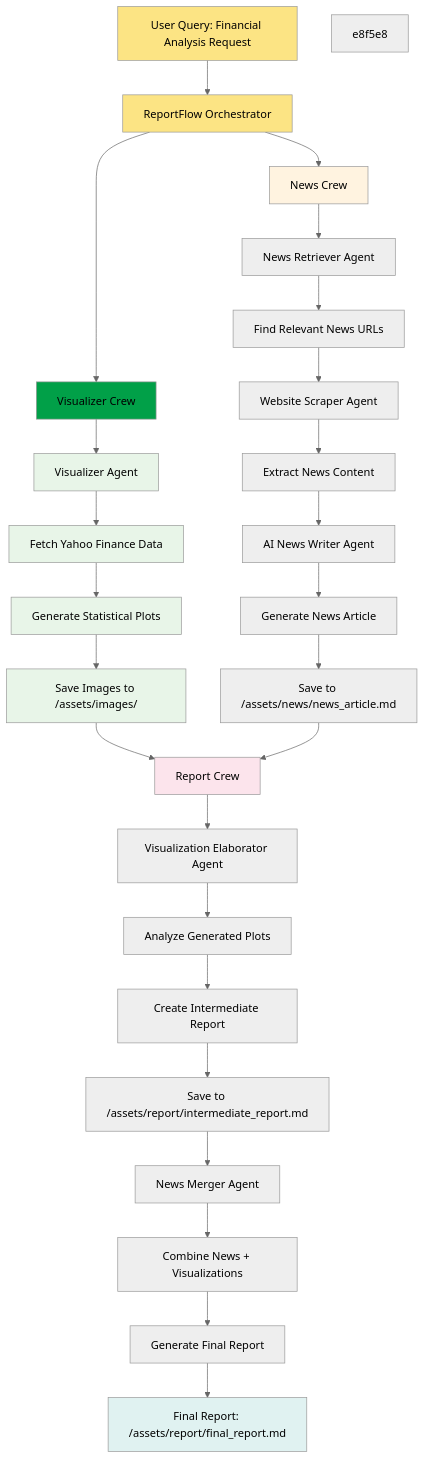
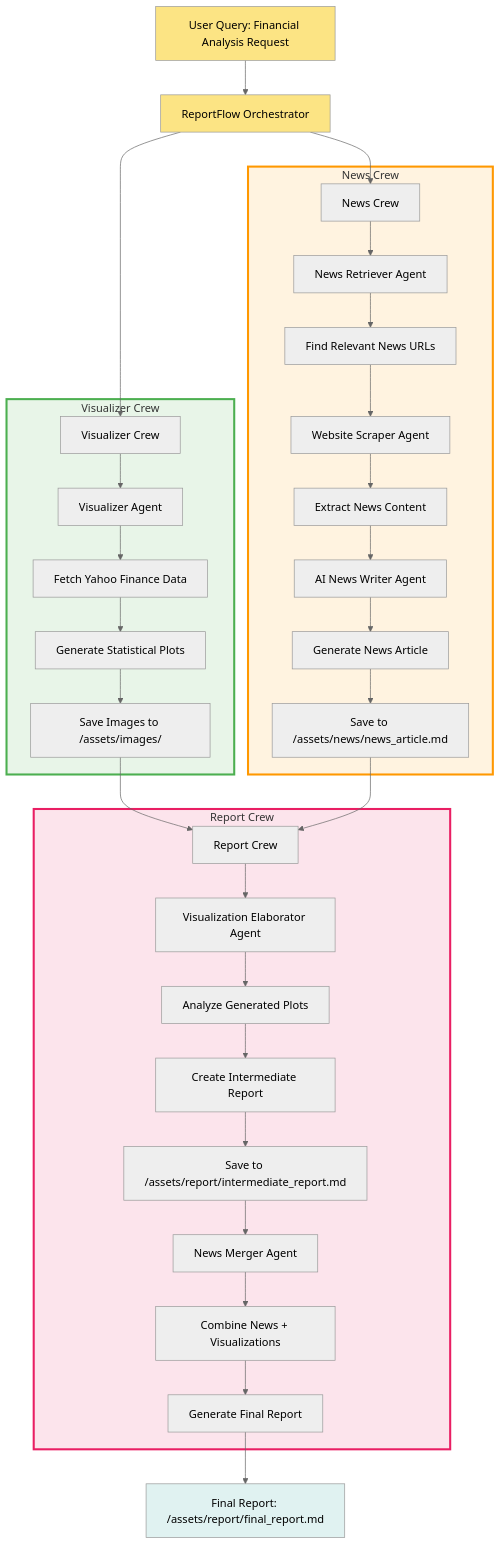
Before and after one commit to rohan-g0re/Agent-Crew-for-Deep-Research: the diagram in README.md, drawn with Mermaid (neutral theme).

Commit message:
bounding boxes

````diff
--- a/README.md
+++ b/README.md
@@ -11,52 +11,49 @@
 ```mermaid
 graph TD
     A[User Query: Financial Analysis Request] --> B[ReportFlow Orchestrator]
     
     B --> C[Visualizer Crew]
     B --> D[News Crew]
     
-    C --> C1[Visualizer Agent]
-    C1 --> C2[Fetch Yahoo Finance Data]
-    C2 --> C3[Generate Statistical Plots]
-    C3 --> C4[Save Images to /assets/images/]
+    subgraph VIZ ["Visualizer Crew"]
     
-    D --> D1[News Retriever Agent]
-    D1 --> D2[Find Relevant News URLs]
-    D2 --> D3[Website Scraper Agent]
-    D3 --> D4[Extract News Content]
-    D4 --> D5[AI News Writer Agent]
-    D5 --> D6[Generate News Article]
-    D6 --> D7[Save to /assets/news/news_article.md]
+        C --> C1[Visualizer Agent]
+        C1 --> C2[Fetch Yahoo Finance Data]
+        C2 --> C3[Generate Statistical Plots]
+        C3 --> C4[Save Images to /assets/images/]
+    end
+    
+    subgraph NEWS ["News Crew"]
+
+        D --> D1[News Retriever Agent]
+        D1 --> D2[Find Relevant News URLs]
+        D2 --> D3[Website Scraper Agent]
+        D3 --> D4[Extract News Content]
+        D4 --> D5[AI News Writer Agent]
+        D5 --> D6[Generate News Article]
+        D6 --> D7[Save to /assets/news/news_article.md]
+    end
     
     C4 --> E[Report Crew]
     D7 --> E
     
-    E --> E1[Visualization Elaborator Agent]
-    E1 --> E2[Analyze Generated Plots]
-    E2 --> E3[Create Intermediate Report]
-    E3 --> E4[Save to /assets/report/intermediate_report.md]
-    
-    E4 --> E5[News Merger Agent]
-    E5 --> E6[Combine News + Visualizations]
-    E6 --> E7[Generate Final Report]
+    subgraph REPORT ["Report Crew"]
+        E --> E1[Visualization Elaborator Agent]
+        E1 --> E2[Analyze Generated Plots]
+        E2 --> E3[Create Intermediate Report]
+        E3 --> E4[Save to /assets/report/intermediate_report.md]
+        
+        E4 --> E5[News Merger Agent]
+        E5 --> E6[Combine News + Visualizations]
+        E6 --> E7[Generate Final Report]
+    end
     E7 --> F[Final Report: /assets/report/final_report.md]
     
     style A fill:#fce484
     style B fill:#fce484
-
-    style C fill:#01a048
-    style C1 fill:#e8f5e8
-    style C2 fill:#e8f5e8
-    style C3 fill:#e8f5e8
-    style C4 fill:#e8f5e8
-
-
-    e8f5e8
-
-
-
-
-    style D fill:#fff3e0
-    style E fill:#fce4ec
     style F fill:#e0f2f1
+    
+    style VIZ fill:#e8f5e8,stroke:#4caf50,stroke-width:3px
+    style NEWS fill:#fff3e0,stroke:#ff9800,stroke-width:3px
+    style REPORT fill:#fce4ec,stroke:#e91e63,stroke-width:3px
 ```
````
